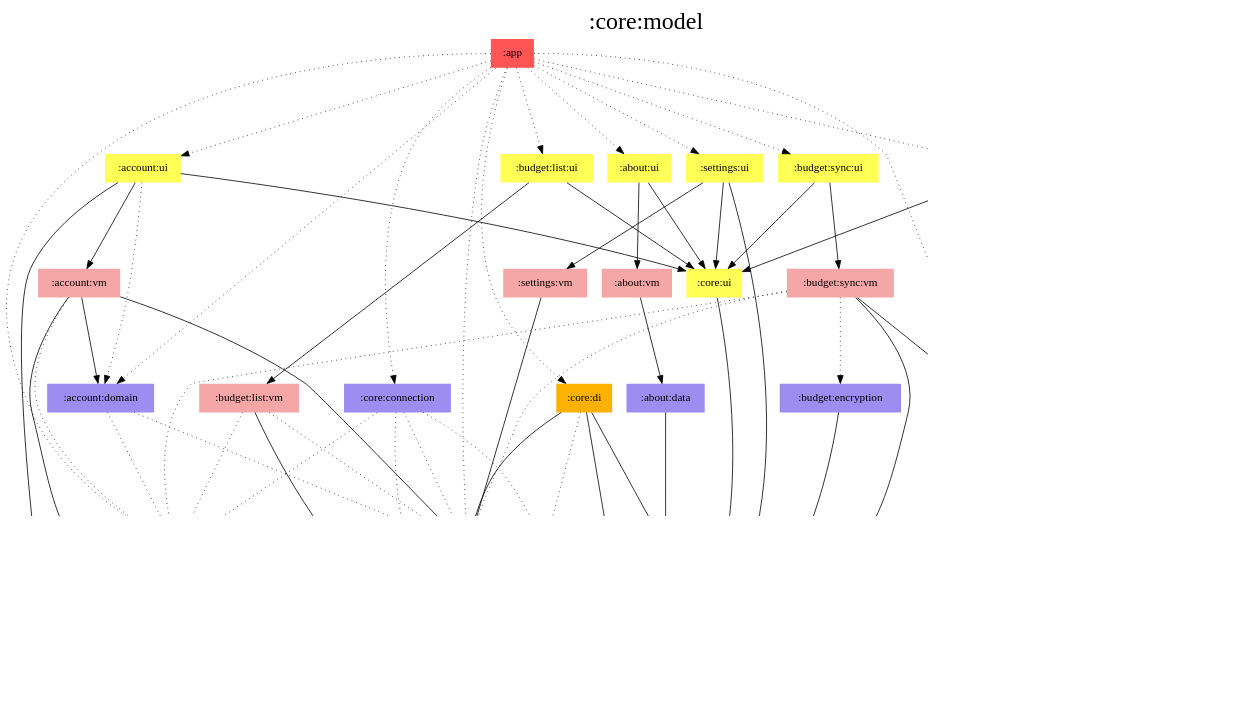
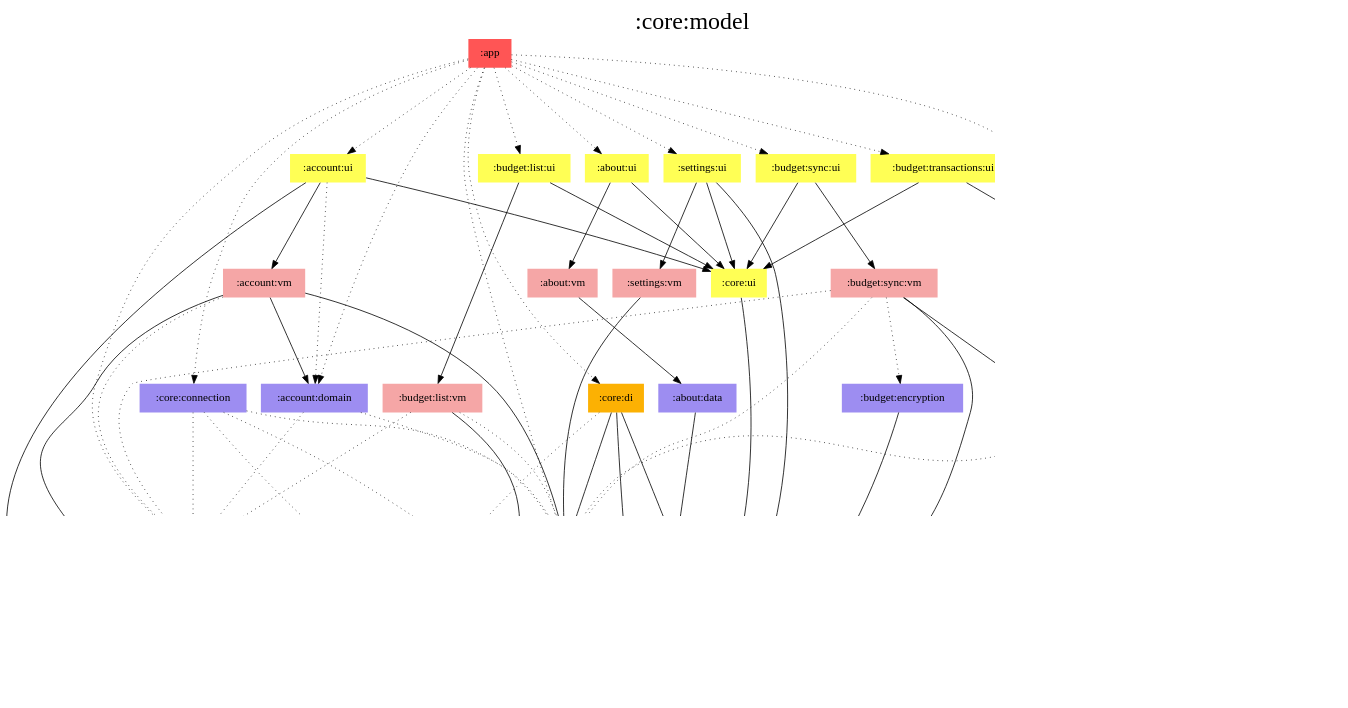
The diagram in modules/core/model/modules.dot (jonapoul/aktual), drawn with Graphviz before and after one commit. The commit also changed 110 other files, not shown here.

```diff
--- a/modules/core/model/modules.dot
+++ b/modules/core/model/modules.dot
@@ -1,112 +1,113 @@
 digraph {
 edge ["dir"="forward"]
 graph ["dpi"="100","label"=":core:model","labelloc"="t","fontsize"="30","ranksep"="1.5","rankdir"="TB"]
 node ["style"="filled"]
 ":about:data" ["fillcolor"="#9D8DF1","shape"="none"]
 ":about:ui" ["fillcolor"="#FFFF55","shape"="none"]
 ":about:vm" ["fillcolor"="#F5A6A6","shape"="none"]
 ":account:domain" ["fillcolor"="#9D8DF1","shape"="none"]
 ":account:ui" ["fillcolor"="#FFFF55","shape"="none"]
 ":account:vm" ["fillcolor"="#F5A6A6","shape"="none"]
 ":api:actual" ["fillcolor"="#9D8DF1","shape"="none"]
 ":api:builder" ["fillcolor"="#9D8DF1","shape"="none"]
 ":api:github" ["fillcolor"="#9D8DF1","shape"="none"]
 ":app" ["fillcolor"="#FF5555","shape"="none"]
-":budget:db" ["fillcolor"="#9D8DF1","shape"="none"]
+":budget:data" ["fillcolor"="#9D8DF1","shape"="none"]
 ":budget:di" ["fillcolor"="#FCB103","shape"="none"]
 ":budget:encryption" ["fillcolor"="#9D8DF1","shape"="none"]
 ":budget:list:ui" ["fillcolor"="#FFFF55","shape"="none"]
 ":budget:list:vm" ["fillcolor"="#F5A6A6","shape"="none"]
 ":budget:sync:ui" ["fillcolor"="#FFFF55","shape"="none"]
 ":budget:sync:vm" ["fillcolor"="#F5A6A6","shape"="none"]
 ":budget:transactions:ui" ["fillcolor"="#FFFF55","shape"="none"]
 ":budget:transactions:vm" ["fillcolor"="#F5A6A6","shape"="none"]
 ":core:connection" ["fillcolor"="#9D8DF1","shape"="none"]
 ":core:di" ["fillcolor"="#FCB103","shape"="none"]
 ":core:model" ["fillcolor"="#9D8DF1","color"="black","penwidth"="3","shape"="box"]
 ":core:ui" ["fillcolor"="#FFFF55","shape"="none"]
 ":prefs" ["fillcolor"="#9D8DF1","shape"="none"]
 ":settings:ui" ["fillcolor"="#FFFF55","shape"="none"]
 ":settings:vm" ["fillcolor"="#F5A6A6","shape"="none"]
 {
 edge ["dir"="none"]
 graph ["rank"="same"]
 ":core:model"
 }
 ":about:data" -> ":api:github"
 ":about:ui" -> ":about:vm"
 ":about:ui" -> ":core:ui"
 ":about:vm" -> ":about:data"
 ":account:domain" -> ":api:actual" ["style"="dotted"]
 ":account:domain" -> ":prefs" ["style"="dotted"]
 ":account:ui" -> ":account:domain" ["style"="dotted"]
 ":account:ui" -> ":account:vm"
 ":account:ui" -> ":core:model"
 ":account:ui" -> ":core:ui"
 ":account:vm" -> ":account:domain"
 ":account:vm" -> ":api:actual" ["style"="dotted"]
 ":account:vm" -> ":core:model"
 ":account:vm" -> ":prefs"
 ":api:actual" -> ":core:model"
 ":api:builder" -> ":core:model"
 ":api:github" -> ":core:model"
 ":app" -> ":about:ui" ["style"="dotted"]
 ":app" -> ":account:domain" ["style"="dotted"]
 ":app" -> ":account:ui" ["style"="dotted"]
 ":app" -> ":api:actual" ["style"="dotted"]
 ":app" -> ":budget:di" ["style"="dotted"]
 ":app" -> ":budget:list:ui" ["style"="dotted"]
 ":app" -> ":budget:sync:ui" ["style"="dotted"]
 ":app" -> ":budget:transactions:ui" ["style"="dotted"]
 ":app" -> ":core:connection" ["style"="dotted"]
 ":app" -> ":core:di" ["style"="dotted"]
 ":app" -> ":prefs" ["style"="dotted"]
 ":app" -> ":settings:ui" ["style"="dotted"]
-":budget:db" -> ":core:model"
-":budget:di" -> ":budget:db"
+":budget:data" -> ":core:model"
+":budget:di" -> ":budget:data"
 ":budget:encryption" -> ":core:model"
 ":budget:list:ui" -> ":budget:list:vm"
 ":budget:list:ui" -> ":core:ui"
 ":budget:list:vm" -> ":api:actual" ["style"="dotted"]
 ":budget:list:vm" -> ":core:model"
 ":budget:list:vm" -> ":prefs" ["style"="dotted"]
 ":budget:sync:ui" -> ":budget:sync:vm"
 ":budget:sync:ui" -> ":core:ui"
 ":budget:sync:vm" -> ":api:actual" ["style"="dotted"]
 ":budget:sync:vm" -> ":budget:di"
 ":budget:sync:vm" -> ":budget:encryption" ["style"="dotted"]
 ":budget:sync:vm" -> ":core:model"
 ":budget:sync:vm" -> ":prefs" ["style"="dotted"]
 ":budget:transactions:ui" -> ":budget:transactions:vm"
 ":budget:transactions:ui" -> ":core:ui"
-":budget:transactions:vm" -> ":budget:db" ["style"="dotted"]
+":budget:transactions:vm" -> ":budget:data"
 ":budget:transactions:vm" -> ":budget:di" ["style"="dotted"]
 ":budget:transactions:vm" -> ":core:model"
+":budget:transactions:vm" -> ":prefs" ["style"="dotted"]
 ":core:connection" -> ":api:actual" ["style"="dotted"]
 ":core:connection" -> ":api:builder" ["style"="dotted"]
 ":core:connection" -> ":core:model" ["style"="dotted"]
 ":core:connection" -> ":prefs" ["style"="dotted"]
 ":core:di" -> ":api:builder" ["style"="dotted"]
 ":core:di" -> ":api:github"
 ":core:di" -> ":core:model"
 ":core:di" -> ":prefs"
 ":core:ui" -> ":core:model"
 ":prefs" -> ":core:model"
 ":settings:ui" -> ":core:model"
 ":settings:ui" -> ":core:ui"
 ":settings:ui" -> ":settings:vm"
 ":settings:vm" -> ":prefs"
 subgraph "cluster_legend" {
 edge ["dir"="none"]
 graph ["label"="Legend","fontsize"="20"]
 "Legend" ["style"="filled","fillcolor"="#FFFFFF","shape"="none","margin"="0","fontsize"="15","label"=<
 <TABLE BORDER="0" CELLBORDER="0" CELLSPACING="0" CELLPADDING="4">
 <TR><TD>App</TD><TD BGCOLOR="#FF5555">module-name</TD></TR>
 <TR><TD>ViewModel</TD><TD BGCOLOR="#F5A6A6">module-name</TD></TR>
 <TR><TD>Hilt</TD><TD BGCOLOR="#FCB103">module-name</TD></TR>
 <TR><TD>Compose</TD><TD BGCOLOR="#FFFF55">module-name</TD></TR>
 <TR><TD>Multiplatform</TD><TD BGCOLOR="#9D8DF1">module-name</TD></TR>
 </TABLE>
 >]
 } -> ":core:model" ["style"="invis"]
 }
```
